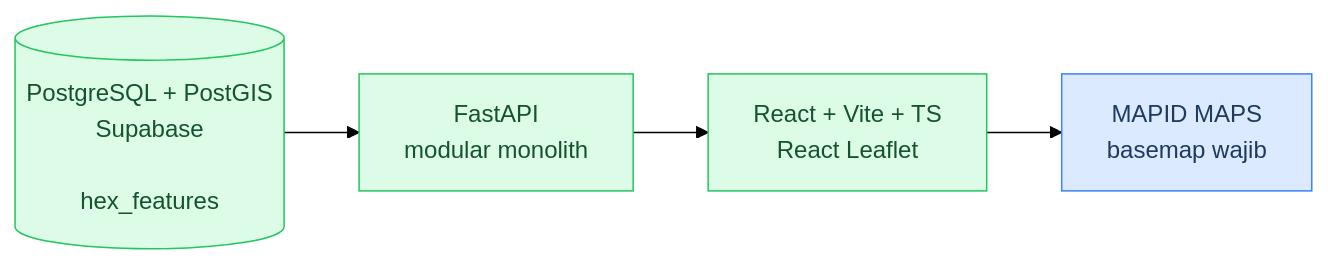
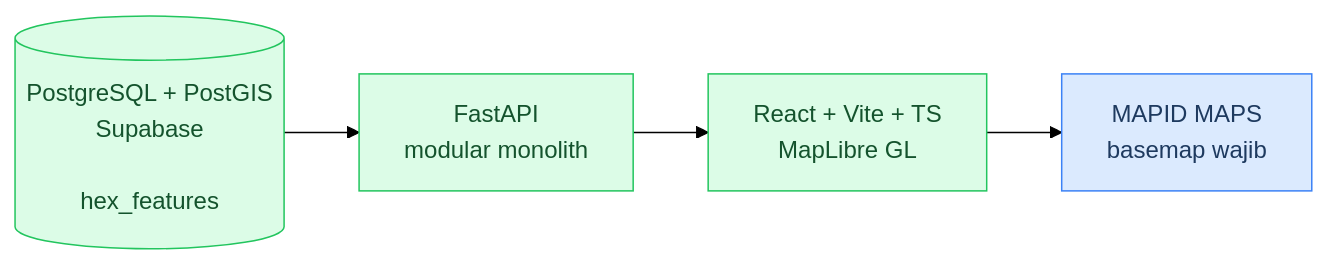
Before and after one commit to Fijarsatria/loconomics: the third of 4 diagrams in docs/alur-sistem.md, drawn with Mermaid (forest theme). The commit also changed other lines of this file and 93 other files, not shown here.

````diff
--- a/docs/alur-sistem.md
+++ b/docs/alur-sistem.md
@@ -247,11 +262,11 @@
 ```mermaid
 flowchart LR
     DB[("PostgreSQL + PostGIS<br/>Supabase<br/><br/>hex_features")] --> API["FastAPI<br/>modular monolith"]
-    API --> FE["React + Vite + TS<br/>React Leaflet"]
+    API --> FE["React + Vite + TS<br/>MapLibre GL"]
     FE --> MAP["MAPID MAPS<br/>basemap wajib"]
 
     style DB fill:#dcfce7,stroke:#22c55e,color:#14532d
     style API fill:#dcfce7,stroke:#22c55e,color:#14532d
     style FE fill:#dcfce7,stroke:#22c55e,color:#14532d
     style MAP fill:#dbeafe,stroke:#3b82f6,color:#1e3a5f
 ```
````
